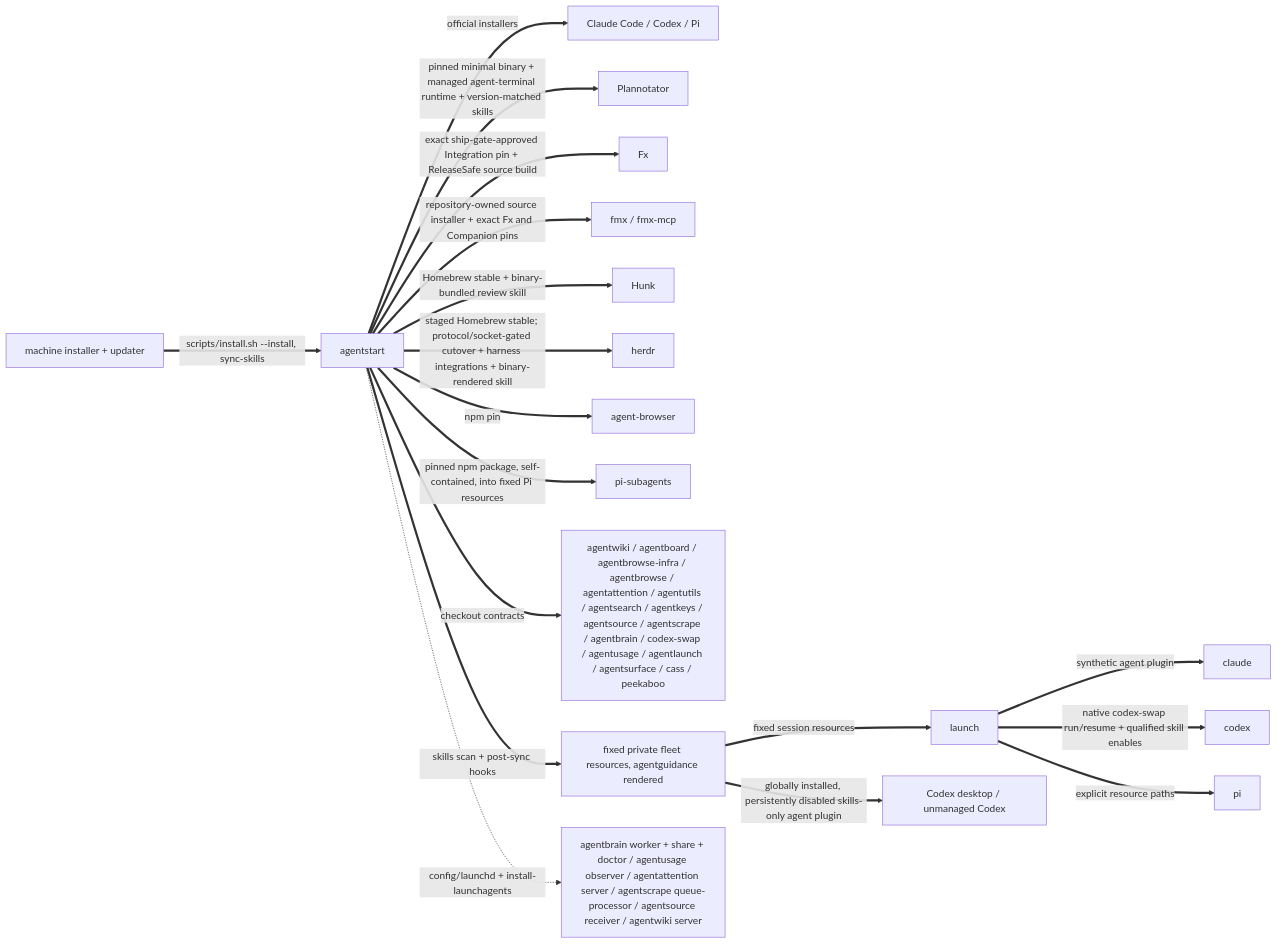
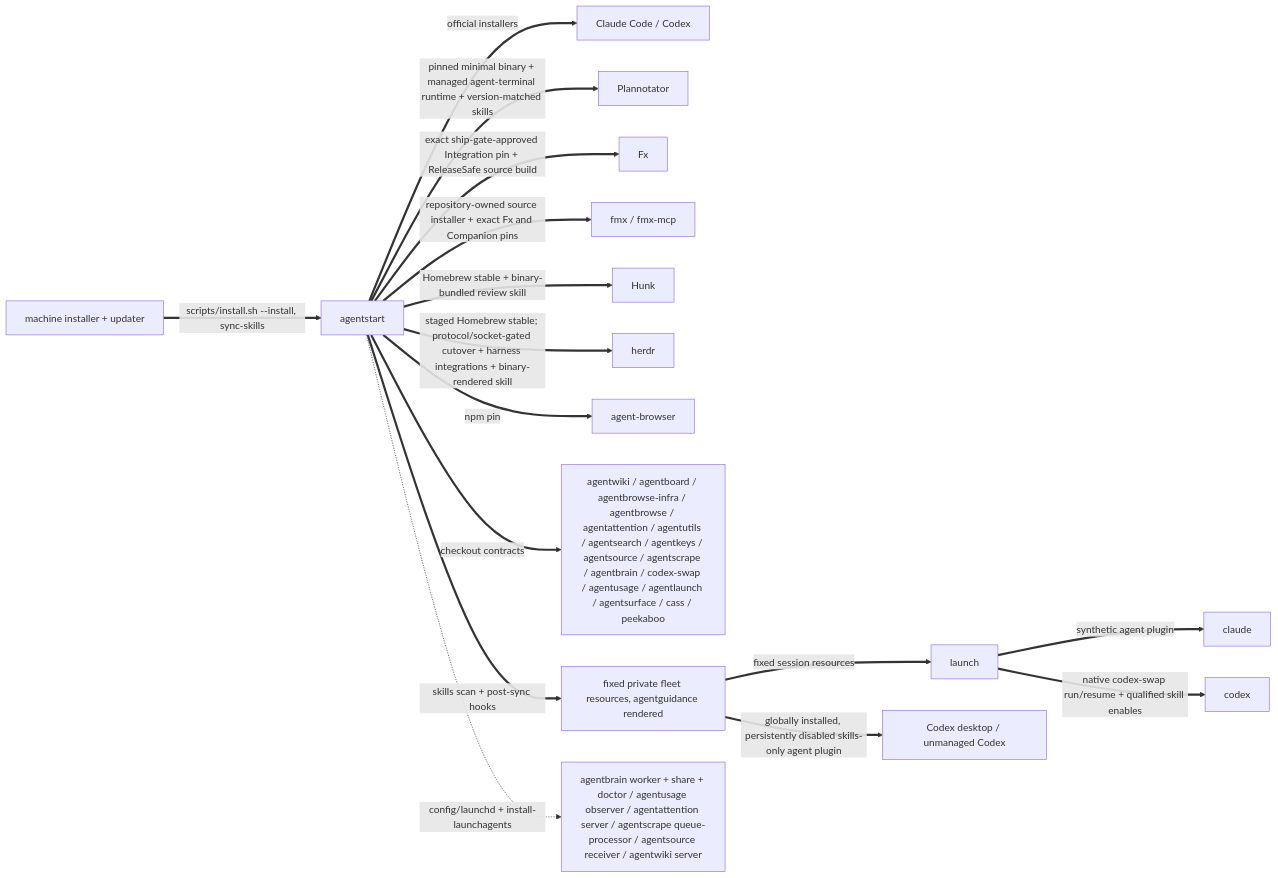
The second of 3 diagrams in skills/fleet/MAP.md (possibilities/agentstart), drawn with Mermaid before and after one commit. The commit also changed other lines of this file and 22 other files, not shown here.

````diff
--- a/skills/fleet/MAP.md
+++ b/skills/fleet/MAP.md
@@ -87,23 +84,21 @@
 ```mermaid
 flowchart LR
     machine[machine installer + updater]
     start[agentstart]
 
     machine ==>|scripts/install.sh --install, sync-skills| start
-    start ==>|official installers| harnesses[Claude Code / Codex / Pi]
+    start ==>|official installers| harnesses[Claude Code / Codex]
     start ==>|pinned minimal binary + managed agent-terminal runtime + version-matched skills| plannotator[Plannotator]
     start ==>|exact ship-gate-approved Integration pin + ReleaseSafe source build| fx[Fx]
     start ==>|repository-owned source installer + exact Fx and Companion pins| fmxInstall[fmx / fmx-mcp]
     start ==>|Homebrew stable + binary-bundled review skill| hunk[Hunk]
     start ==>|staged Homebrew stable; protocol/socket-gated cutover + harness integrations + binary-rendered skill| herdrInstall[herdr]
     start ==>|npm pin| browser[agent-browser]
-    start ==>|pinned npm package, self-contained, into fixed Pi resources| piSubagents[pi-subagents]
     start ==>|checkout contracts| fleet[agentwiki / agentboard / agentbrowse-infra / agentbrowse / agentattention / agentutils / agentsearch / agentkeys / agentsource / agentscrape / agentbrain / codex-swap / agentusage / agentlaunch / agentsurface / cass / peekaboo]
     start ==>|skills scan + post-sync hooks| skills[fixed private fleet resources, agentguidance rendered]
     skills ==>|fixed session resources| launch
     launch ==>|synthetic agent plugin| claude
     launch ==>|native codex-swap run/resume + qualified skill enables| codex
-    launch ==>|explicit resource paths| pi
     skills ==>|globally installed, persistently disabled skills-only agent plugin| codexDesktop[Codex desktop / unmanaged Codex]
     start -.->|config/launchd + install-launchagents| services[agentbrain worker + share + doctor / agentusage observer / agentattention server / agentscrape queue-processor / agentsource receiver / agentwiki server]
 ```
````
